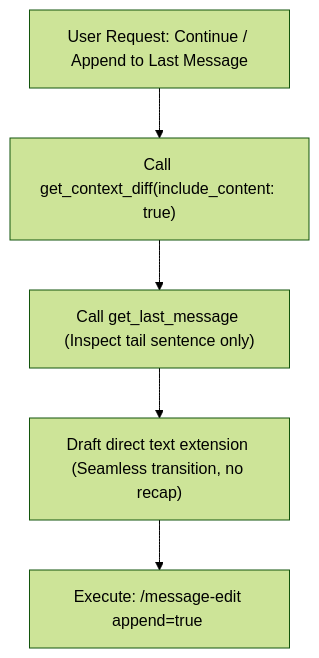
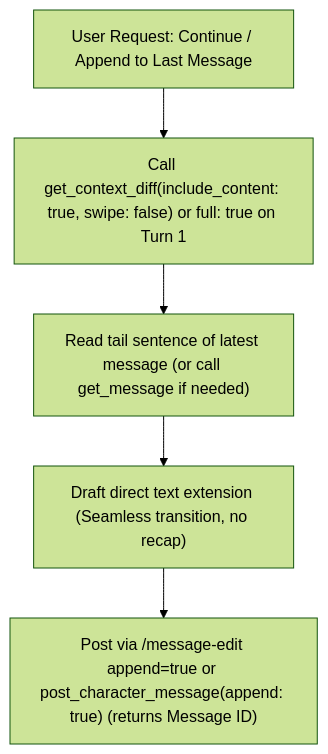
One commit to m-petra-fn/SillyTavern changed the third of 3 diagrams in .agent/skills/sillytavern-writer/SKILL.md. Above: the diagram before and after it, drawn with Mermaid (forest theme). The commit also changed other lines of this file and 3 other files, not shown here.

Commit message:
Simplify SKILL.md around get_context_diff, hide hashes by default, add swipe filter, range history, and message ID returns

````diff
--- a/.agent/skills/sillytavern-writer/SKILL.md
+++ b/.agent/skills/sillytavern-writer/SKILL.md
@@ -224,7 +209,7 @@
 ```mermaid
 flowchart TD
-    A["User Request: Continue / Append to Last Message"] --> B["Call get_context_diff(include_content: true)"]
-    B --> C["Call get_last_message (Inspect tail sentence only)"]
+    A["User Request: Continue / Append to Last Message"] --> B["Call get_context_diff(include_content: true, swipe: false) or full: true on Turn 1"]
+    B --> C["Read tail sentence of latest message (or call get_message if needed)"]
     C --> D["Draft direct text extension (Seamless transition, no recap)"]
-    D --> E["Execute: /message-edit append=true <Extension Text>"]
+    D --> E["Post via /message-edit append=true or post_character_message(append: true) (returns Message ID)"]
 ```
````
